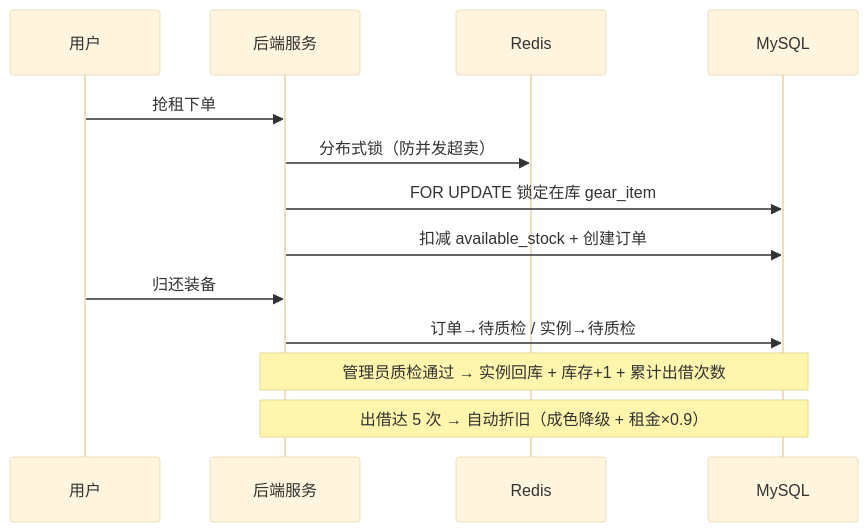
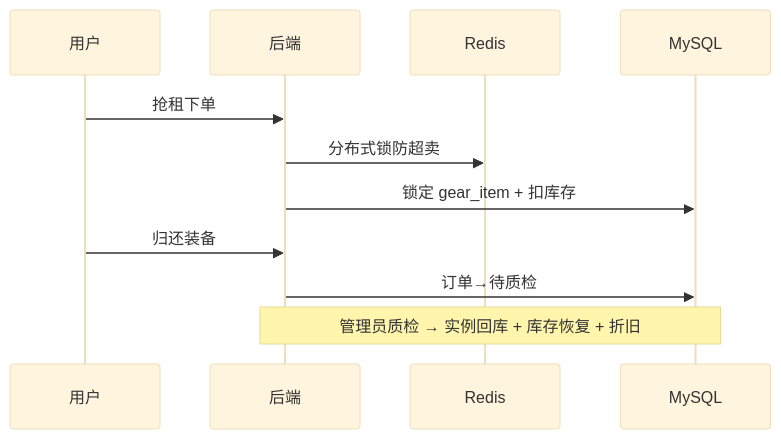
Before and after one commit to Ckj6818/outdoor-gear-rental: the diagram in README.md, drawn with Mermaid (base theme). The commit also changed other lines of this file and 31 other files, not shown here.

````diff
--- a/README.md
+++ b/README.md
@@ -64,16 +82,14 @@
 ```mermaid
 sequenceDiagram
     participant U as 用户
-    participant S as 后端服务
+    participant S as 后端
     participant R as Redis
     participant D as MySQL
 
     U->>S: 抢租下单
-    S->>R: 分布式锁（防并发超卖）
-    S->>D: FOR UPDATE 锁定在库 gear_item
-    S->>D: 扣减 available_stock + 创建订单
+    S->>R: 分布式锁防超卖
+    S->>D: 锁定 gear_item + 扣库存
     U->>S: 归还装备
-    S->>D: 订单→待质检 / 实例→待质检
-    Note over S,D: 管理员质检通过 → 实例回库 + 库存+1 + 累计出借次数
-    Note over S,D: 出借达 5 次 → 自动折旧（成色降级 + 租金×0.9）
+    S->>D: 订单→待质检
+    Note over S,D: 管理员质检 → 实例回库 + 库存恢复 + 折旧
 ```
````
